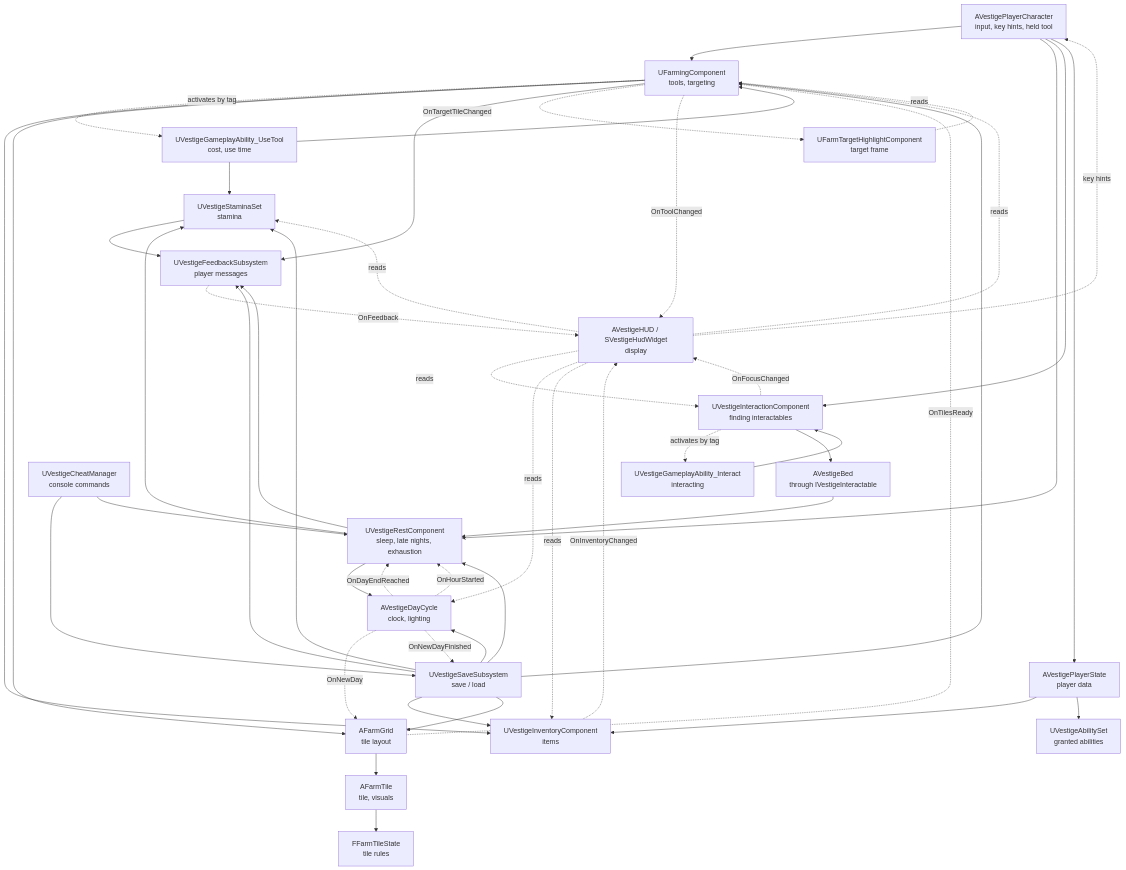
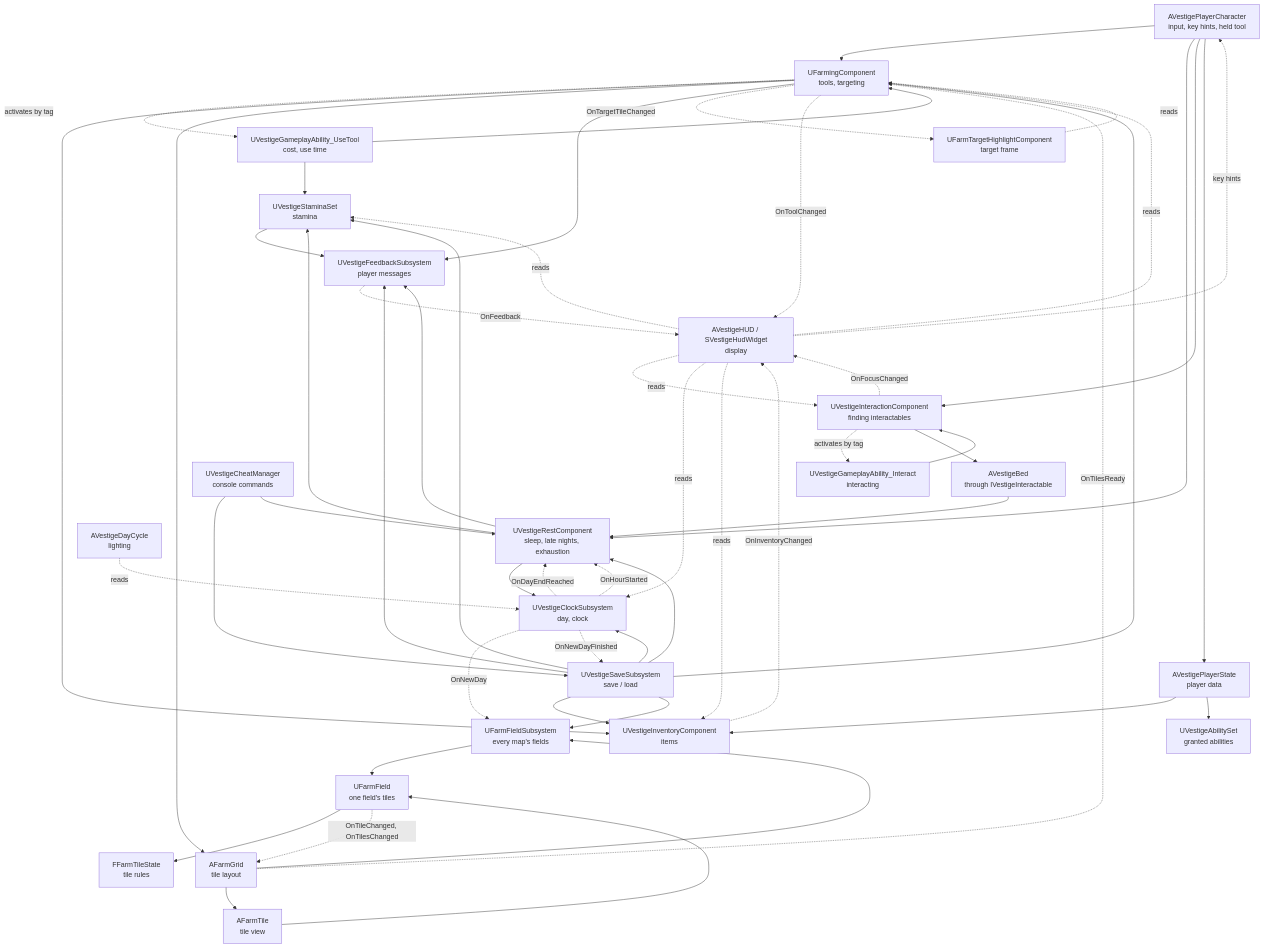
The first of 2 diagrams in Docs/Architecture.md (DunderGG/ProjectVestige), drawn with Mermaid before and after one commit. The commit also changed other lines of this file and 40 other files, not shown here.

````diff
--- a/Docs/Architecture.md
+++ b/Docs/Architecture.md
@@ -406,51 +404,56 @@
 ```mermaid
 flowchart TD
     Input[AVestigePlayerCharacter<br/>input, key hints, held tool] --> Farming[UFarmingComponent<br/>tools, targeting]
     Input --> Rest[UVestigeRestComponent<br/>sleep, late nights, exhaustion]
     Input --> Interaction[UVestigeInteractionComponent<br/>finding interactables]
     Interaction -. activates by tag .-> Interact[UVestigeGameplayAbility_Interact<br/>interacting]
     Interact --> Interaction
     Interaction --> Bed[AVestigeBed<br/>through IVestigeInteractable]
     Bed --> Rest
     HUD -.reads.-> Interaction
     Interaction -. OnFocusChanged .-> HUD
     Cheats[UVestigeCheatManager<br/>console commands] --> Save
     Cheats --> Rest
     HUD[AVestigeHUD / SVestigeHudWidget<br/>display] -.reads.-> Farming
-    HUD -.reads.-> DayCycle
+    HUD -.reads.-> Clock
     HUD -.key hints.-> Input
     HUD -.reads.-> Inventory
     Highlight[UFarmTargetHighlightComponent<br/>target frame] -.reads.-> Farming
     Save[UVestigeSaveSubsystem<br/>save / load] --> Farming
     Save --> Inventory
-    Save --> Grid
+    Save --> Fields
     PlayerState[AVestigePlayerState<br/>player data] --> Inventory[UVestigeInventoryComponent<br/>items]
     PlayerState --> AbilitySet[UVestigeAbilitySet<br/>granted abilities]
     Input --> PlayerState
     Farming -. activates by tag .-> UseTool[UVestigeGameplayAbility_UseTool<br/>cost, use time]
     UseTool --> Farming
     UseTool --> Stamina[UVestigeStaminaSet<br/>stamina]
     Rest --> Stamina
     Save --> Stamina
     HUD -.reads.-> Stamina
     Stamina --> Feedback
     Farming --> Inventory
-    Save --> DayCycle
+    Save --> Clock
     Farming --> Grid[AFarmGrid<br/>tile layout]
-    Rest --> DayCycle[AVestigeDayCycle<br/>clock, lighting]
-    Grid --> Tile[AFarmTile<br/>tile, visuals]
-    Tile --> TileState[FFarmTileState<br/>tile rules]
+    Rest --> Clock[UVestigeClockSubsystem<br/>day, clock]
+    Sky[AVestigeDayCycle<br/>lighting] -.reads.-> Clock
+    Grid --> Fields[UFarmFieldSubsystem<br/>every map's fields]
+    Grid --> Tile[AFarmTile<br/>tile view]
+    Fields --> Field[UFarmField<br/>one field's tiles]
+    Tile --> Field
+    Field --> TileState[FFarmTileState<br/>tile rules]
+    Field -. OnTileChanged, OnTilesChanged .-> Grid
     Farming --> Feedback[UVestigeFeedbackSubsystem<br/>player messages]
     Rest --> Feedback
     Save --> Feedback
-    DayCycle -. OnDayEndReached .-> Rest
-    DayCycle -. OnHourStarted .-> Rest
+    Clock -. OnDayEndReached .-> Rest
+    Clock -. OnHourStarted .-> Rest
     Save --> Rest
-    DayCycle -. OnNewDay .-> Grid
-    DayCycle -. OnNewDayFinished .-> Save
+    Clock -. OnNewDay .-> Fields
+    Clock -. OnNewDayFinished .-> Save
     Grid -. OnTilesReady .-> Farming
     Farming -. OnTargetTileChanged .-> Highlight
     Farming -. OnToolChanged .-> HUD
     Inventory -. OnInventoryChanged .-> HUD
     Feedback -. OnFeedback .-> HUD
 ```
````
